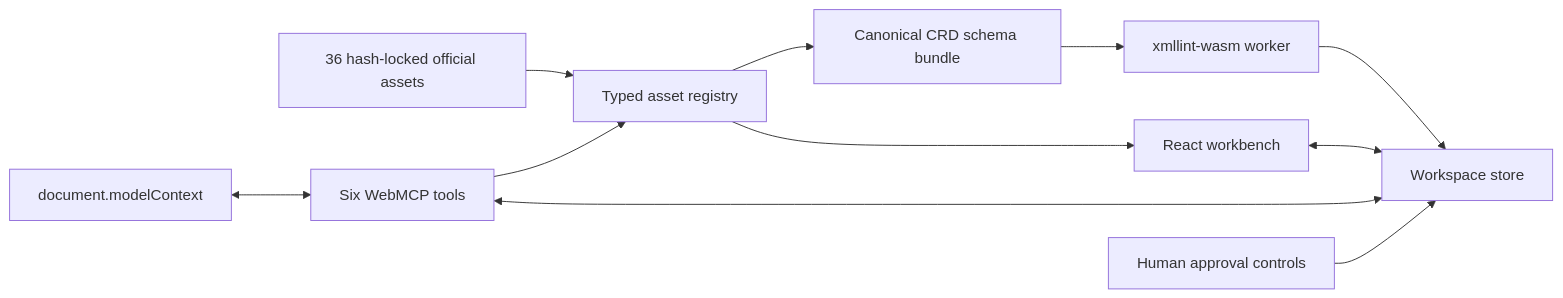
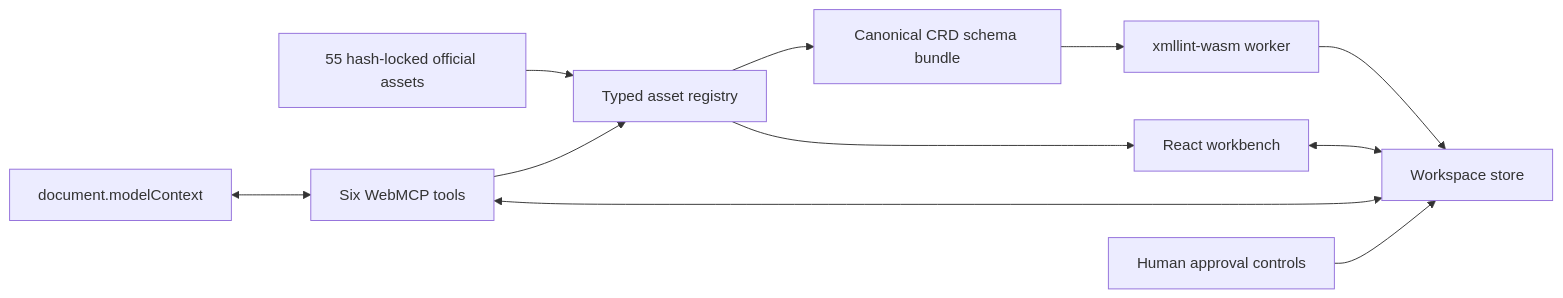
The diagram in docs/architecture.md (greqone/PrzedWysylkaWebMCPLab), drawn with Mermaid before and after one commit. The commit also changed other lines of this file and 63 other files, not shown here.

````diff
--- a/docs/architecture.md
+++ b/docs/architecture.md
@@ -9,13 +9,13 @@
 ```mermaid
 flowchart LR
-  A[36 hash-locked official assets] --> R[Typed asset registry]
+  A[55 hash-locked official assets] --> R[Typed asset registry]
   R --> U[React workbench]
   R --> S[Canonical CRD schema bundle]
   S --> V[xmllint-wasm worker]
   V --> W[Workspace store]
   U <--> W
   M[document.modelContext] <--> T[Six WebMCP tools]
   T <--> W
   T --> R
   H[Human approval controls] --> W
 ```
````
